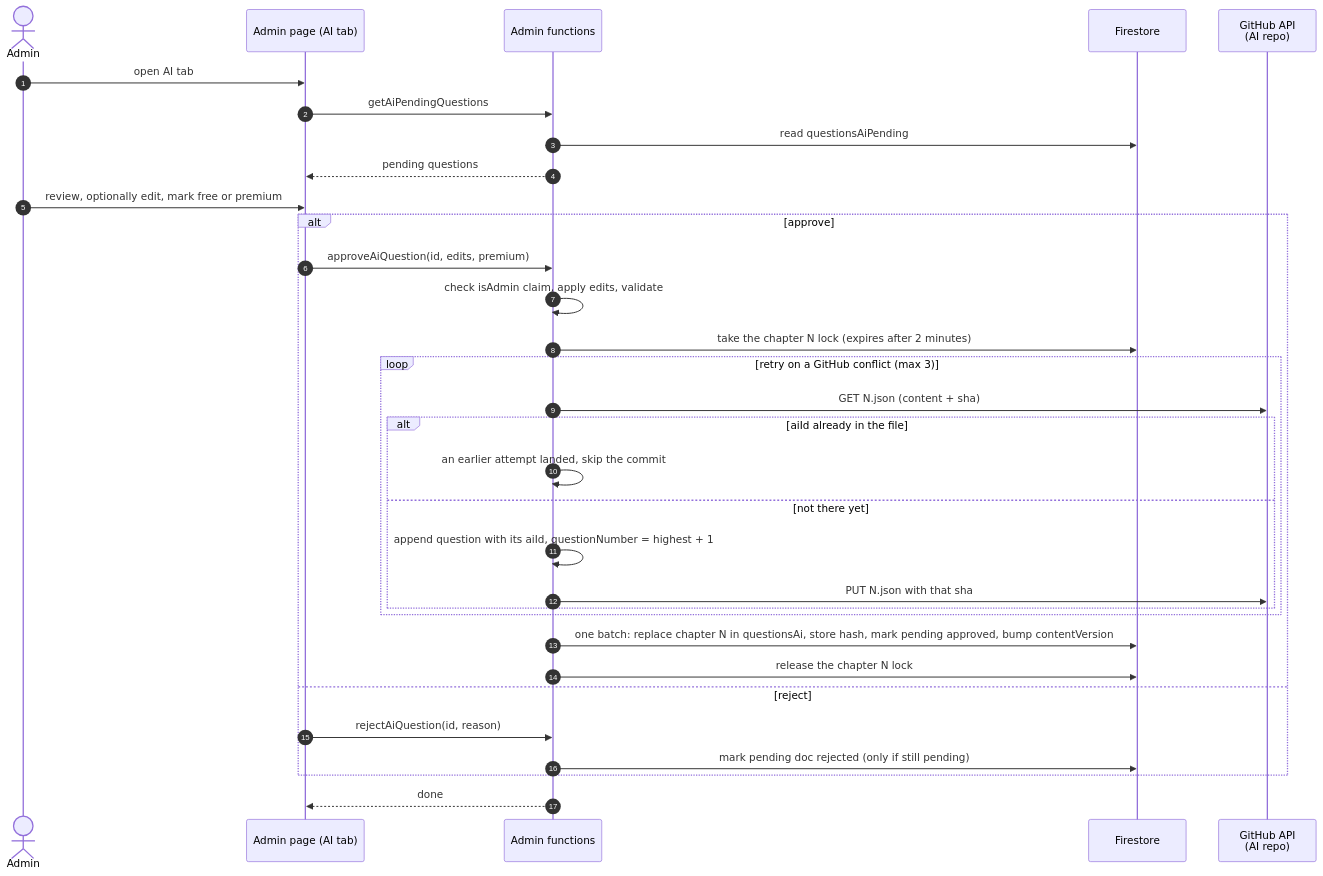
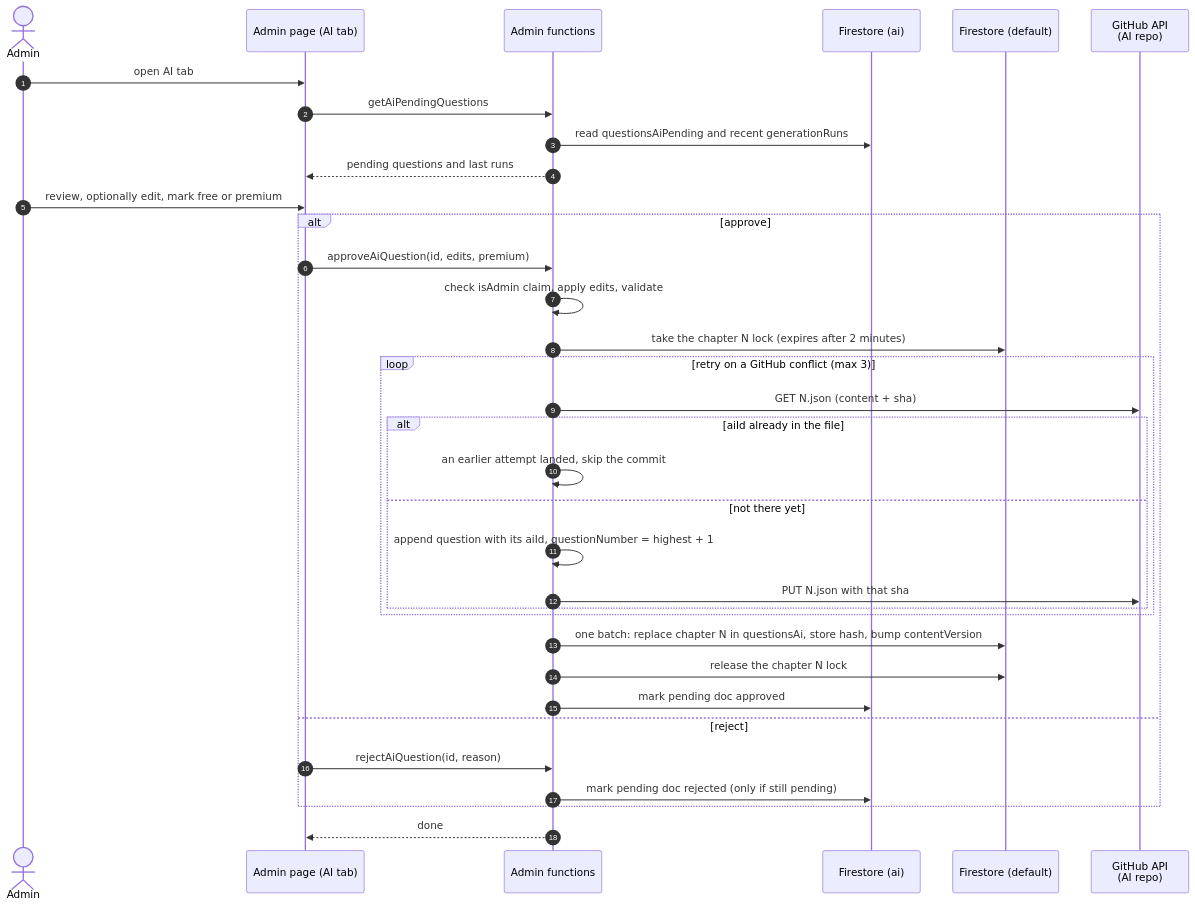
One commit to alexmcdermid/real-estate-quest changed the third of 5 diagrams in docs/ai-question-flow.md. Above: the diagram before and after it, drawn with Mermaid. The commit also changed other lines of this file, not shown here.

````diff
--- a/docs/ai-question-flow.md
+++ b/docs/ai-question-flow.md
@@ -92,35 +109,37 @@
 ```mermaid
 sequenceDiagram
   autonumber
   actor A as Admin
   participant UI as Admin page (AI tab)
   participant FN as Admin functions
-  participant F as Firestore
+  participant AI as Firestore (ai)
+  participant F as Firestore (default)
   participant GH as GitHub API<br/>(AI repo)
 
   A->>UI: open AI tab
   UI->>FN: getAiPendingQuestions
-  FN->>F: read questionsAiPending
-  FN-->>UI: pending questions
+  FN->>AI: read questionsAiPending and recent generationRuns
+  FN-->>UI: pending questions and last runs
   A->>UI: review, optionally edit, mark free or premium
   alt approve
     UI->>FN: approveAiQuestion(id, edits, premium)
     FN->>FN: check isAdmin claim, apply edits, validate
     FN->>F: take the chapter N lock (expires after 2 minutes)
     loop retry on a GitHub conflict (max 3)
       FN->>GH: GET N.json (content + sha)
       alt aiId already in the file
         FN->>FN: an earlier attempt landed, skip the commit
       else not there yet
         FN->>FN: append question with its aiId, questionNumber = highest + 1
         FN->>GH: PUT N.json with that sha
       end
     end
-    FN->>F: one batch: replace chapter N in questionsAi, store hash, mark pending approved, bump contentVersion
+    FN->>F: one batch: replace chapter N in questionsAi, store hash, bump contentVersion
     FN->>F: release the chapter N lock
+    FN->>AI: mark pending doc approved
   else reject
     UI->>FN: rejectAiQuestion(id, reason)
-    FN->>F: mark pending doc rejected (only if still pending)
+    FN->>AI: mark pending doc rejected (only if still pending)
   end
   FN-->>UI: done
 ```
````
